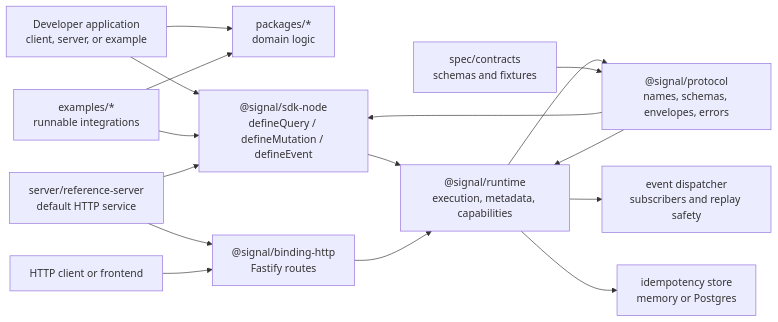
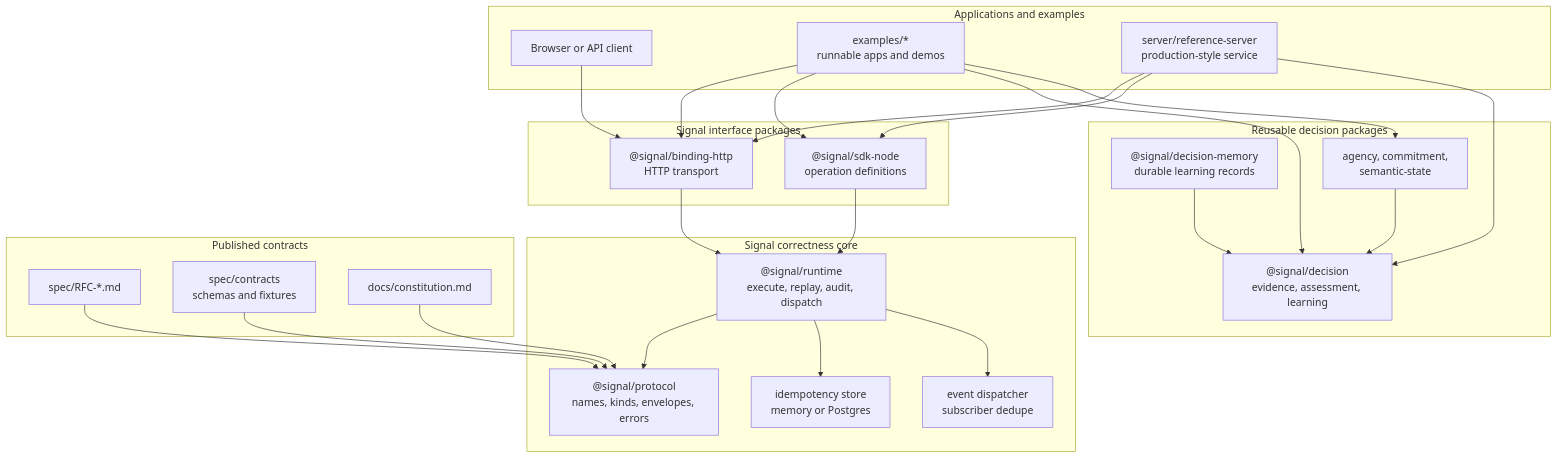
One commit to DiogoAngelim/signal changed the diagram in docs/README.md. Above: the diagram before and after it, drawn with Mermaid. The commit also changed other lines of this file and 1 other file, not shown here.

Commit message:
Remake docs architecture diagram

````diff
--- a/docs/README.md
+++ b/docs/README.md
@@ -163,31 +164,51 @@
 ```mermaid
-flowchart LR
-  Developer["Developer application<br/>client, server, or example"]
-  Domain["packages/*<br/>domain logic"]
-  SDK["@signal/sdk-node<br/>defineQuery / defineMutation / defineEvent"]
-  Protocol["@signal/protocol<br/>names, schemas, envelopes, errors"]
-  Runtime["@signal/runtime<br/>execution, metadata, capabilities"]
-  Dispatcher["event dispatcher<br/>subscribers and replay safety"]
-  Idempotency["idempotency store<br/>memory or Postgres"]
-  HTTP["@signal/binding-http<br/>Fastify routes"]
-  Server["server/reference-server<br/>default HTTP service"]
-  Client["HTTP client or frontend"]
-  Examples["examples/*<br/>runnable integrations"]
-  Schemas["spec/contracts<br/>schemas and fixtures"]
+flowchart TB
+  subgraph Apps["Applications and examples"]
+    Browser["Browser or API client"]
+    ExampleApps["examples/*<br/>runnable apps and demos"]
+    Backend["server/reference-server<br/>production-style service"]
+  end
 
-  Developer --> SDK
-  Developer --> Domain
-  Examples --> SDK
-  Examples --> Domain
-  SDK --> Runtime
-  Protocol --> SDK
-  Protocol --> Runtime
+  subgraph Interface["Signal interface packages"]
+    Http["@signal/binding-http<br/>HTTP transport"]
+    Sdk["@signal/sdk-node<br/>operation definitions"]
+  end
+
+  subgraph Core["Signal correctness core"]
+    Runtime["@signal/runtime<br/>execute, replay, audit, dispatch"]
+    Protocol["@signal/protocol<br/>names, kinds, envelopes, errors"]
+    Idempotency["idempotency store<br/>memory or Postgres"]
+    Events["event dispatcher<br/>subscriber dedupe"]
+  end
+
+  subgraph Domain["Reusable decision packages"]
+    Decision["@signal/decision<br/>evidence, assessment, learning"]
+    Memory["@signal/decision-memory<br/>durable learning records"]
+    Support["agency, commitment,<br/>semantic-state"]
+  end
+
+  subgraph Contracts["Published contracts"]
+    Rfcs["spec/RFC-*.md"]
+    Schemas["spec/contracts<br/>schemas and fixtures"]
+    Constitution["docs/constitution.md"]
+  end
+
+  Browser --> Http
+  ExampleApps --> Http
+  ExampleApps --> Sdk
+  ExampleApps --> Decision
+  ExampleApps --> Support
+  Backend --> Http
+  Backend --> Sdk
+  Backend --> Decision
+  Http --> Runtime
+  Sdk --> Runtime
   Runtime --> Protocol
-  Runtime --> Dispatcher
   Runtime --> Idempotency
-  HTTP --> Runtime
-  Server --> HTTP
-  Server --> SDK
-  Client --> HTTP
+  Runtime --> Events
   Schemas --> Protocol
+  Rfcs --> Protocol
+  Constitution --> Protocol
+  Memory --> Decision
+  Support --> Decision
 ```
````
